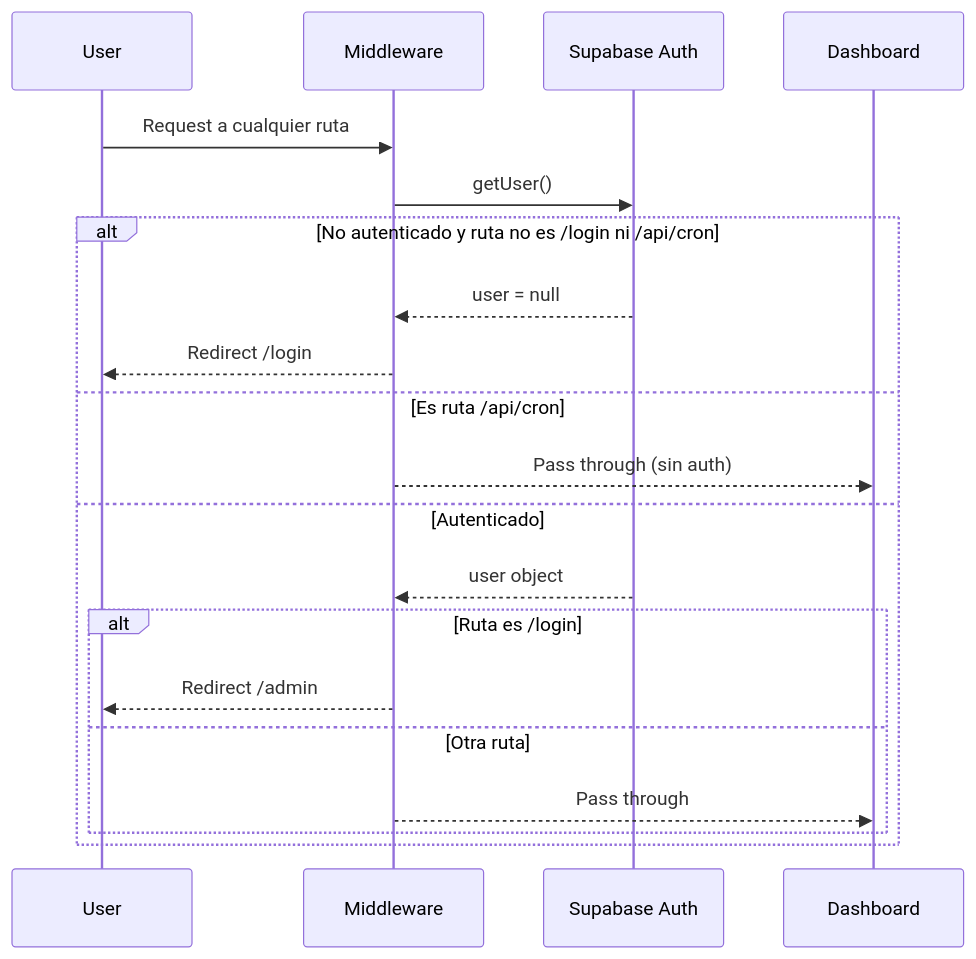
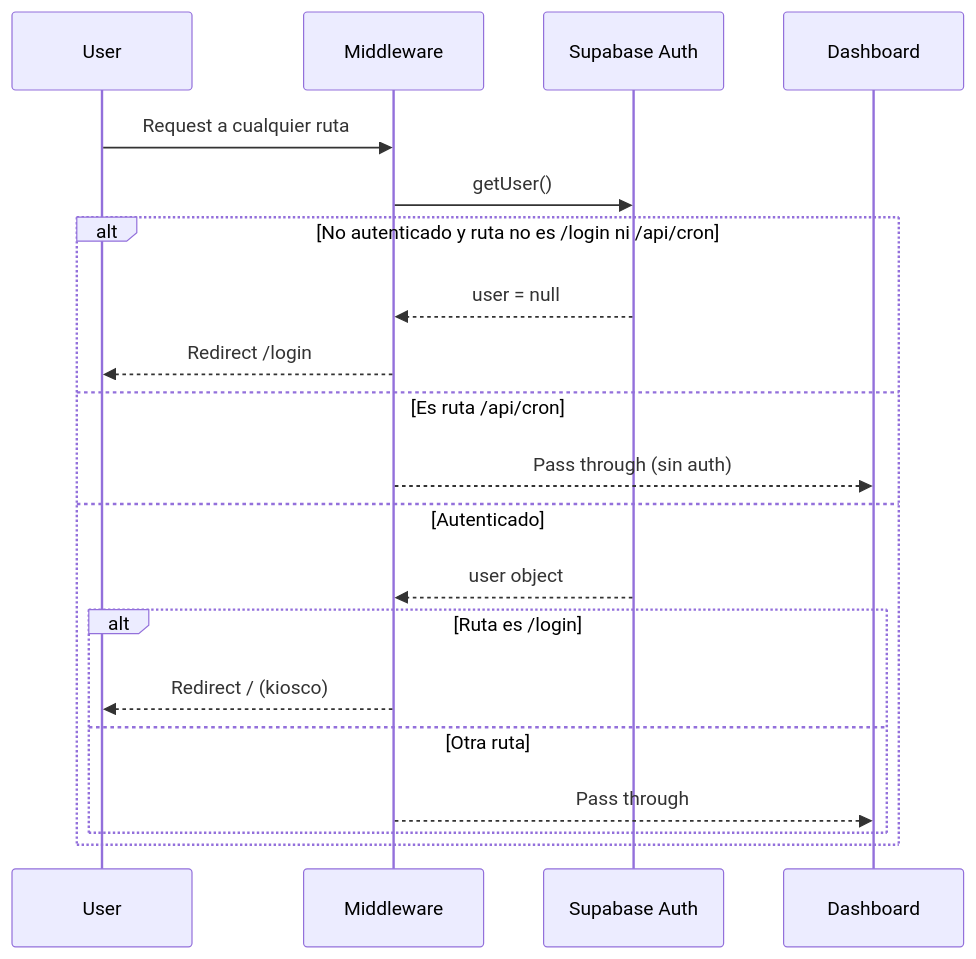
One commit to JuanDr08/Inlotrans changed the first of 2 diagrams in guia_tecnica_inlotrans.md. Above: the diagram before and after it, drawn with Mermaid. The commit also changed other lines of this file and 3 other files, not shown here.

````diff
--- a/guia_tecnica_inlotrans.md
+++ b/guia_tecnica_inlotrans.md
@@ -206,23 +206,23 @@
 ```mermaid
 sequenceDiagram
     participant User
     participant Middleware
     participant Supabase Auth
     participant Dashboard
 
     User->>Middleware: Request a cualquier ruta
     Middleware->>Supabase Auth: getUser()
     alt No autenticado y ruta no es /login ni /api/cron
         Supabase Auth-->>Middleware: user = null
         Middleware-->>User: Redirect /login
     else Es ruta /api/cron
         Middleware-->>Dashboard: Pass through (sin auth)
     else Autenticado
         Supabase Auth-->>Middleware: user object
         alt Ruta es /login
-            Middleware-->>User: Redirect /admin
+            Middleware-->>User: Redirect / (kiosco)
         else Otra ruta
             Middleware-->>Dashboard: Pass through
         end
     end
 ```
````
